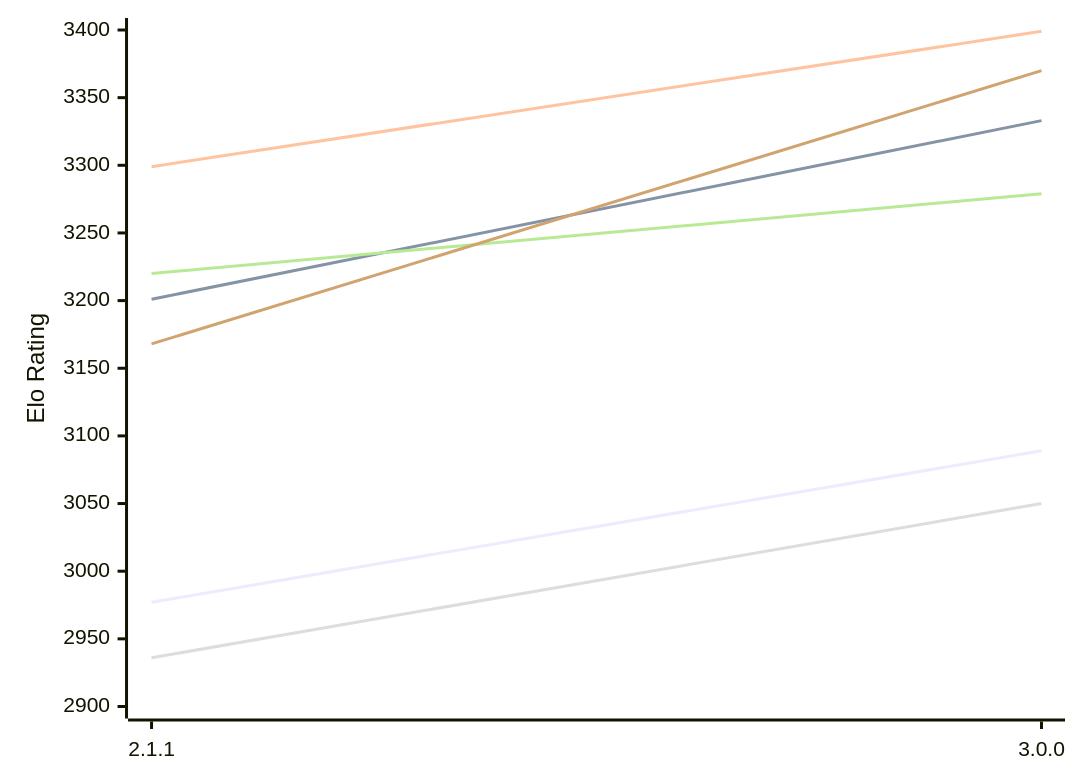
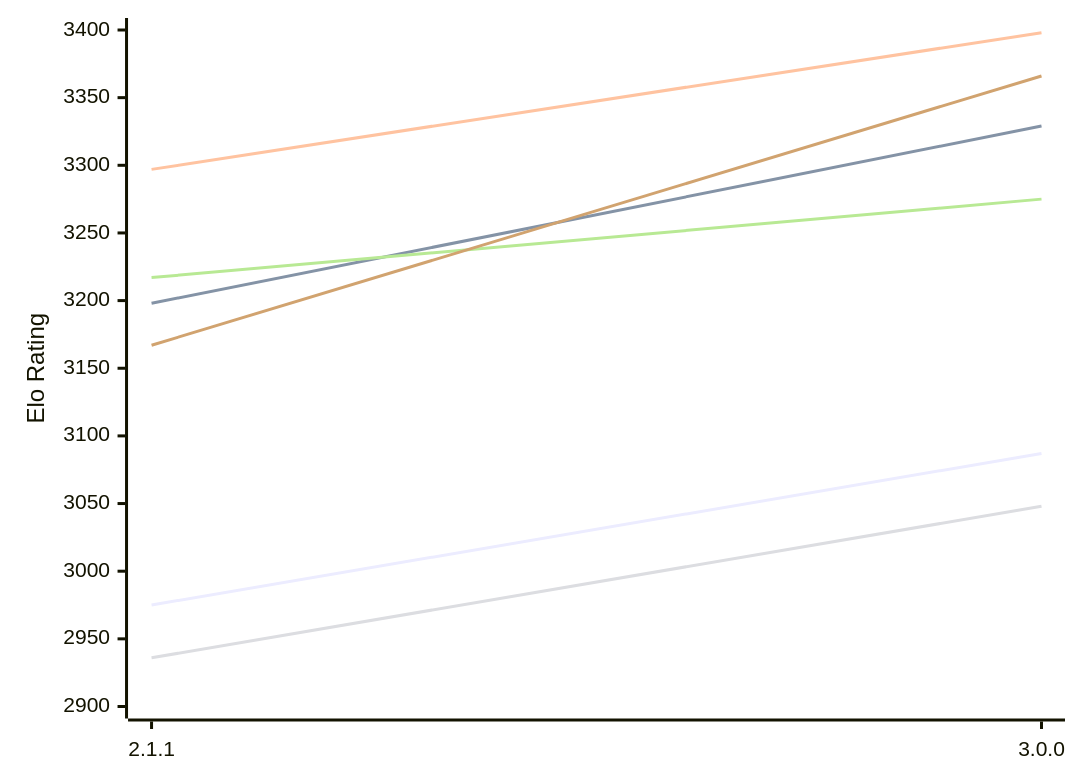
Before and after one commit to computer-chess-index/cci: the first of 2 diagrams in engines/Bread.md, drawn with Mermaid. The commit also changed other lines of this file, not shown here.

Commit message:
Update CCI Ratings (ELO VLTC) - 2026-11-19

````diff
--- a/engines/Bread.md
+++ b/engines/Bread.md
@@ -51,12 +51,12 @@
 ```mermaid
 %%{init: {"theme":"base","themeVariables":{"seriesColors:['#a3a3a3','#222221','#faa371']}}}%%
 xychart-beta
   x-axis ["2.1.1", "3.0.0"]
   y-axis "Elo Rating" 2900 --> 3400
-  line "E1: STC (8.0+0.08s)" [2977, 3089]
-  line "E1: LTC (60.0+0.60s)" [3201, 3333]
-  line "E1: VLTC (2m24s+1.12s)" [3299, 3399]
-  line "P1: STC (8.0+0.08s)" [2936, 3050]
-  line "P1: LTC (60.0+0.60s)" [3220, 3279]
-  line "P1: VLTC (2m24s+1.12s)" [3168, 3370]
+  line "E1: STC (8.0+0.08s)" [2975, 3087]
+  line "E1: LTC (60.0+0.60s)" [3198, 3329]
+  line "E1: VLTC (2m24s+1.12s)" [3297, 3398]
+  line "P1: STC (8.0+0.08s)" [2936, 3048]
+  line "P1: LTC (60.0+0.60s)" [3217, 3275]
+  line "P1: VLTC (2m24s+1.12s)" [3167, 3366]
 ```
````
